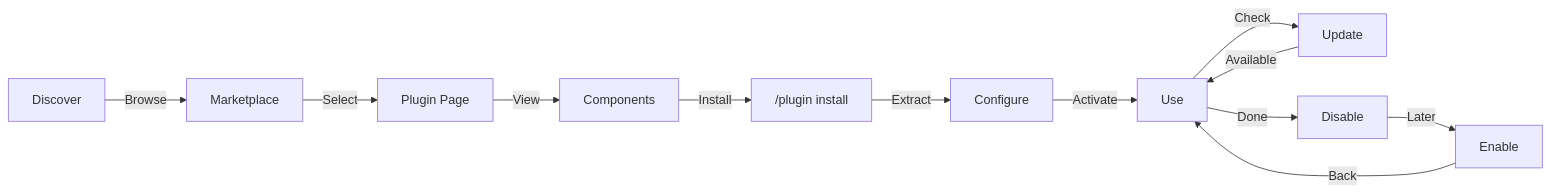
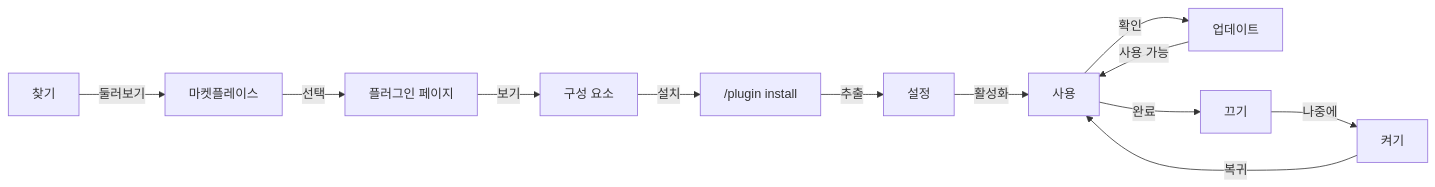
The fourth of 5 diagrams in 07-plugins/README.md (KIMDONGWHEE99/howkorean), drawn with Mermaid before and after one commit. The commit also changed other lines of this file and 1 other file, not shown here.

````diff
--- a/07-plugins/README.md
+++ b/07-plugins/README.md
@@ -798,14 +797,14 @@
 ```mermaid
 graph LR
-    A["Discover"] -->|Browse| B["Marketplace"]
-    B -->|Select| C["Plugin Page"]
-    C -->|View| D["Components"]
-    D -->|Install| E["/plugin install"]
-    E -->|Extract| F["Configure"]
-    F -->|Activate| G["Use"]
-    G -->|Check| H["Update"]
-    H -->|Available| G
-    G -->|Done| I["Disable"]
-    I -->|Later| J["Enable"]
-    J -->|Back| G
+    A["찾기"] -->|둘러보기| B["마켓플레이스"]
+    B -->|선택| C["플러그인 페이지"]
+    C -->|보기| D["구성 요소"]
+    D -->|설치| E["/plugin install"]
+    E -->|추출| F["설정"]
+    F -->|활성화| G["사용"]
+    G -->|확인| H["업데이트"]
+    H -->|사용 가능| G
+    G -->|완료| I["끄기"]
+    I -->|나중에| J["켜기"]
+    J -->|복귀| G
 ```
````
